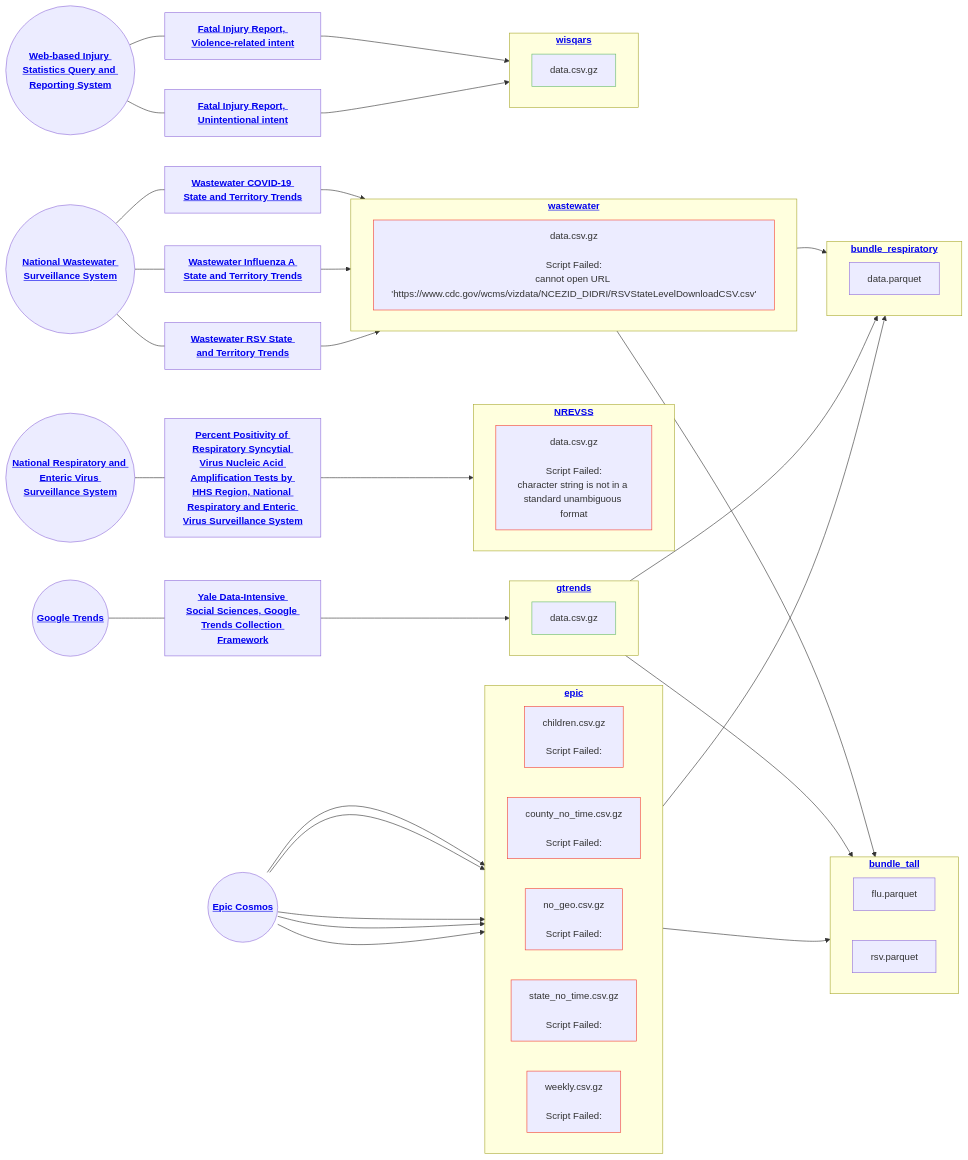
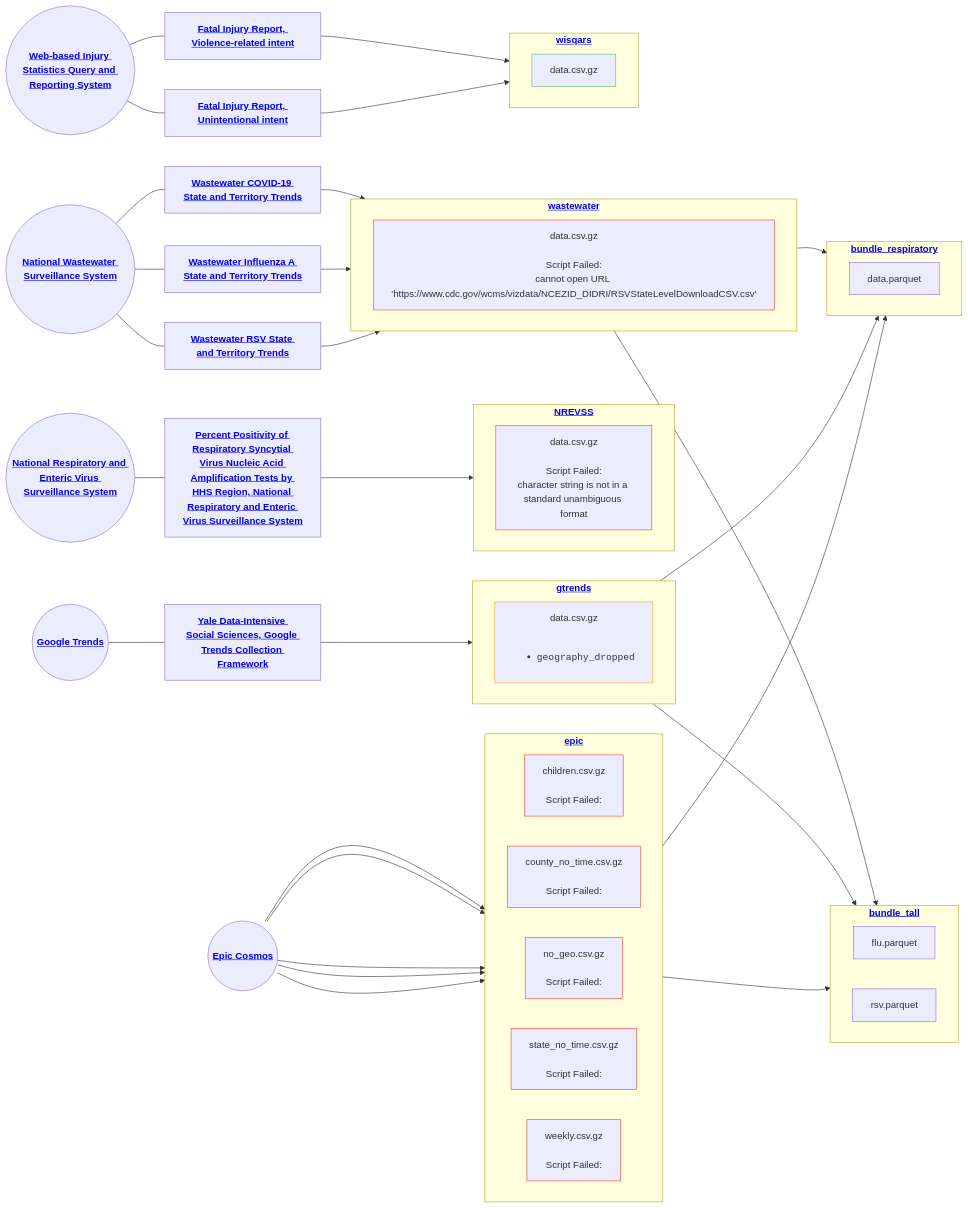
One commit to DISSC-yale/pophive_demo changed the diagram in status.md. Above: the diagram before and after it, drawn with Mermaid. The commit also changed 16 other files, not shown here.

````diff
--- a/status.md
+++ b/status.md
@@ -1,69 +1,69 @@
 ```mermaid
 flowchart LR
     classDef pass stroke:#66bb6a
     classDef warn stroke:#ffa726
     classDef fail stroke:#f44336
     s0(("<strong><a href="https://cosmos.epic.com" target="_blank" rel="noreferrer">Epic Cosmos</a></strong>"))
     s1(("<strong><a href="https://trends.google.com" target="_blank" rel="noreferrer">Google Trends</a></strong>"))
     s3(("<strong><a href="https://www.cdc.gov/nrevss" target="_blank" rel="noreferrer">National Respiratory and Enteric Virus Surveillance System</a></strong>"))
     s5(("<strong><a href="https://www.cdc.gov/nwss" target="_blank" rel="noreferrer">National Wastewater Surveillance System</a></strong>"))
     s9(("<strong><a href="https://wisqars.cdc.gov/" target="_blank" rel="noreferrer">Web-based Injury Statistics Query and Reporting System</a></strong>"))
     subgraph epic["`<strong><a href="https://github.com/dissc-yale/pophive_demo/tree/main/data/epic" target="_blank" rel="noreferrer">epic</a></strong>`"]
         direction LR
         n1["`children.csv.gz<br /><br />Script Failed:<br />`"]:::fail
         n2["`county_no_time.csv.gz<br /><br />Script Failed:<br />`"]:::fail
         n3["`no_geo.csv.gz<br /><br />Script Failed:<br />`"]:::fail
         n4["`state_no_time.csv.gz<br /><br />Script Failed:<br />`"]:::fail
         n5["`weekly.csv.gz<br /><br />Script Failed:<br />`"]:::fail
     end
     subgraph gtrends["`<strong><a href="https://github.com/dissc-yale/pophive_demo/tree/main/data/gtrends" target="_blank" rel="noreferrer">gtrends</a></strong>`"]
         direction LR
-        n6["`data.csv.gz`"]:::pass
+        n6["`data.csv.gz<br/><br/><ul><li><code>geography_dropped</code></li></ul>`"]:::warn
     end
     subgraph NREVSS["`<strong><a href="https://github.com/dissc-yale/pophive_demo/tree/main/data/NREVSS" target="_blank" rel="noreferrer">NREVSS</a></strong>`"]
         direction LR
         n7["`data.csv.gz<br /><br />Script Failed:<br />character string is not in a standard unambiguous format`"]:::fail
     end
     subgraph wastewater["`<strong><a href="https://github.com/dissc-yale/pophive_demo/tree/main/data/wastewater" target="_blank" rel="noreferrer">wastewater</a></strong>`"]
         direction LR
         n8["`data.csv.gz<br /><br />Script Failed:<br />cannot open URL 'https://www.cdc.gov/wcms/vizdata/NCEZID_DIDRI/RSVStateLevelDownloadCSV.csv'`"]:::fail
     end
     subgraph wisqars["`<strong><a href="https://github.com/dissc-yale/pophive_demo/tree/main/data/wisqars" target="_blank" rel="noreferrer">wisqars</a></strong>`"]
         direction LR
         n9["`data.csv.gz`"]:::pass
     end
     subgraph bundle_respiratory["`<strong><a href="https://github.com/dissc-yale/pophive_demo/tree/main/data/bundle_respiratory" target="_blank" rel="noreferrer">bundle_respiratory</a></strong>`"]
         direction LR
         n10["`data.parquet`"]
     end
     subgraph bundle_tall["`<strong><a href="https://github.com/dissc-yale/pophive_demo/tree/main/data/bundle_tall" target="_blank" rel="noreferrer">bundle_tall</a></strong>`"]
         direction LR
         n11["`flu.parquet`"]
         n12["`rsv.parquet`"]
     end
     s0 --> n1
     s0 --> n2
     s0 --> n3
     s0 --> n4
     s0 --> n5
     s1---s2["<strong><a href="https://github.com/DISSC-yale/gtrends_collection" target="_blank" rel="noreferrer">Yale Data-Intensive Social Sciences, Google Trends Collection Framework</a></strong>"]
     s2 --> n6
     s3---s4["<strong><a href="https://data.cdc.gov/resource/3cxc-4k8q" target="_blank" rel="noreferrer">Percent Positivity of Respiratory Syncytial Virus Nucleic Acid Amplification Tests by HHS Region, National Respiratory and Enteric Virus Surveillance System</a></strong>"]
     s4 --> n7
     s5---s6["<strong><a href="https://www.cdc.gov/nwss/rv/COVID19-statetrend.html" target="_blank" rel="noreferrer">Wastewater COVID-19 State and Territory Trends</a></strong>"]
     s6 --> n8
     s5---s7["<strong><a href="https://www.cdc.gov/nwss/rv/InfluenzaA-statetrend.html" target="_blank" rel="noreferrer">Wastewater Influenza A State and Territory Trends</a></strong>"]
     s7 --> n8
     s5---s8["<strong><a href="https://www.cdc.gov/nwss/rv/RSV-statetrend.html" target="_blank" rel="noreferrer">Wastewater RSV State and Territory Trends</a></strong>"]
     s8 --> n8
     s9---s10["<strong><a href="https://wisqars.cdc.gov/reports/?o=MORT&i=8&m=20810&s=0&r=0&ry=2&y1=2018&y2=2023&a=ALL&g1=0&g2=199&a1=0&a2=199&r1=MECH&r2=AGEGP&r3=STATE&r4=YEAR&r5=NONE&r6=NONE&g=00&e=0&yp=65&me=0&t=0" target="_blank" rel="noreferrer">Fatal Injury Report, Violence-related intent</a></strong>"]
     s10 --> n9
     s9---s11["<strong><a href="https://wisqars.cdc.gov/reports/?o=MORT&i=1&m=20810&s=0&r=0&ry=2&y1=2018&y2=2023&a=ALL&g1=0&g2=199&a1=0&a2=199&r1=MECH&r2=AGEGP&r3=STATE&r4=YEAR&r5=NONE&r6=NONE&g=00&e=0&yp=65&me=0&t=0" target="_blank" rel="noreferrer">Fatal Injury Report, Unintentional intent</a></strong>"]
     s11 --> n9
     n5 --> bundle_respiratory
     n6 --> bundle_respiratory
     n8 --> bundle_respiratory
     n5 --> bundle_tall
     n6 --> bundle_tall
     n8 --> bundle_tall
 ```
````
